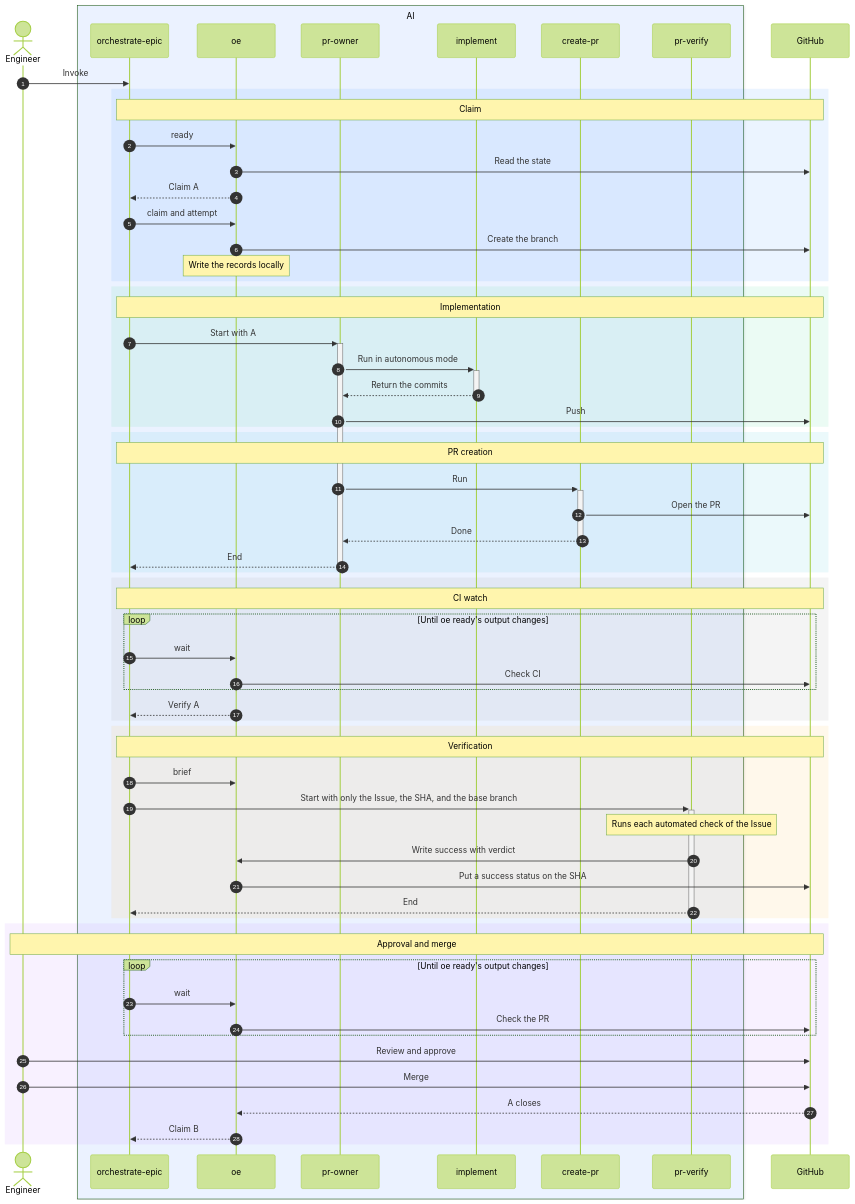
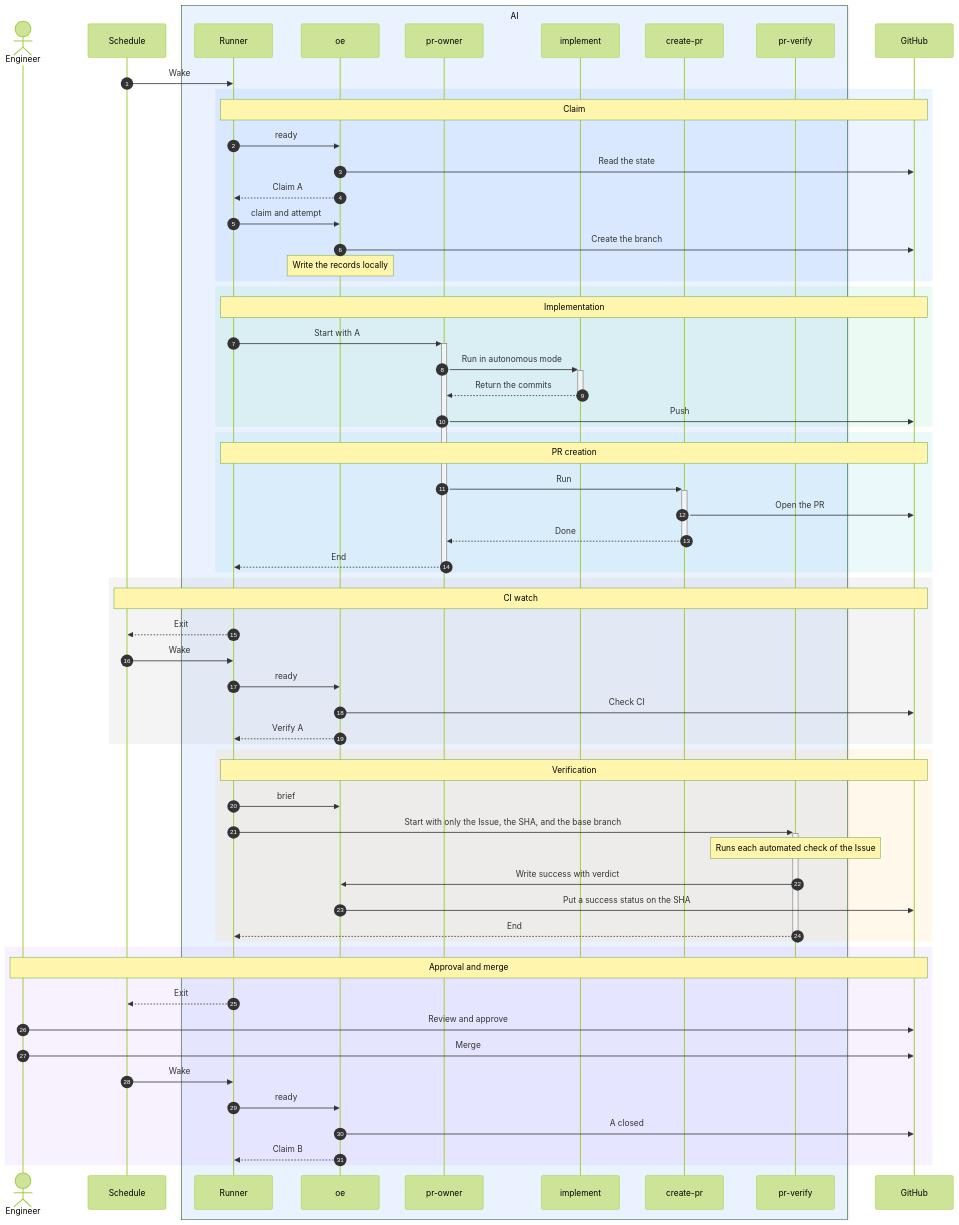
One commit to maro114510/skills changed the second of 2 diagrams in docs/design/orchestrate-epic.md. Above: the diagram before and after it, drawn with Mermaid (forest theme). The commit also changed other lines of this file and 3 other files, not shown here.

````diff
--- a/docs/design/orchestrate-epic.md
+++ b/docs/design/orchestrate-epic.md
@@ -184,66 +183,66 @@
 ```mermaid
 sequenceDiagram
   autonumber
   actor H as Engineer
+  participant S as Schedule
   box rgb(235,242,255) AI
-    participant O as orchestrate-epic
+    participant O as Runner
     participant E as oe
     participant W as pr-owner
     participant I as implement
     participant C as create-pr
     participant V as pr-verify
   end
   participant G as GitHub
-  H->>O: Invoke
+  S->>O: Wake
   rect rgba(0,120,255,0.08)
     Note over O,G: Claim
     O->>E: ready
     E->>G: Read the state
     E-->>O: Claim A
     O->>E: claim and attempt
     E->>G: Create the branch
     Note over E: Write the records locally
   end
   rect rgba(0,200,120,0.08)
     Note over O,G: Implementation
     O->>+W: Start with A
     W->>+I: Run in autonomous mode
     I-->>-W: Return the commits
     W->>G: Push
   end
   rect rgba(0,180,200,0.08)
     Note over O,G: PR creation
     W->>+C: Run
     C->>G: Open the PR
     C-->>-W: Done
     W-->>-O: End
   end
   rect rgba(120,120,120,0.08)
-    Note over O,G: CI watch
-    loop Until oe ready's output changes
-      O->>E: wait
-      E->>G: Check CI
-    end
+    Note over S,G: CI watch
+    O-->>S: Exit
+    S->>O: Wake
+    O->>E: ready
+    E->>G: Check CI
     E-->>O: Verify A
   end
   rect rgba(255,160,0,0.08)
     Note over O,G: Verification
     O->>E: brief
     O->>+V: Start with only the Issue, the SHA, and the base branch
     Note over V: Runs each automated check of the Issue
     V->>E: Write success with verdict
     E->>G: Put a success status on the SHA
     V-->>-O: End
   end
   rect rgba(160,80,255,0.08)
     Note over H,G: Approval and merge
-    loop Until oe ready's output changes
-      O->>E: wait
-      E->>G: Check the PR
-    end
+    O-->>S: Exit
     H->>G: Review and approve
     H->>G: Merge
-    G-->>E: A closes
+    S->>O: Wake
+    O->>E: ready
+    E->>G: A closed
     E-->>O: Claim B
   end
 ```
````
